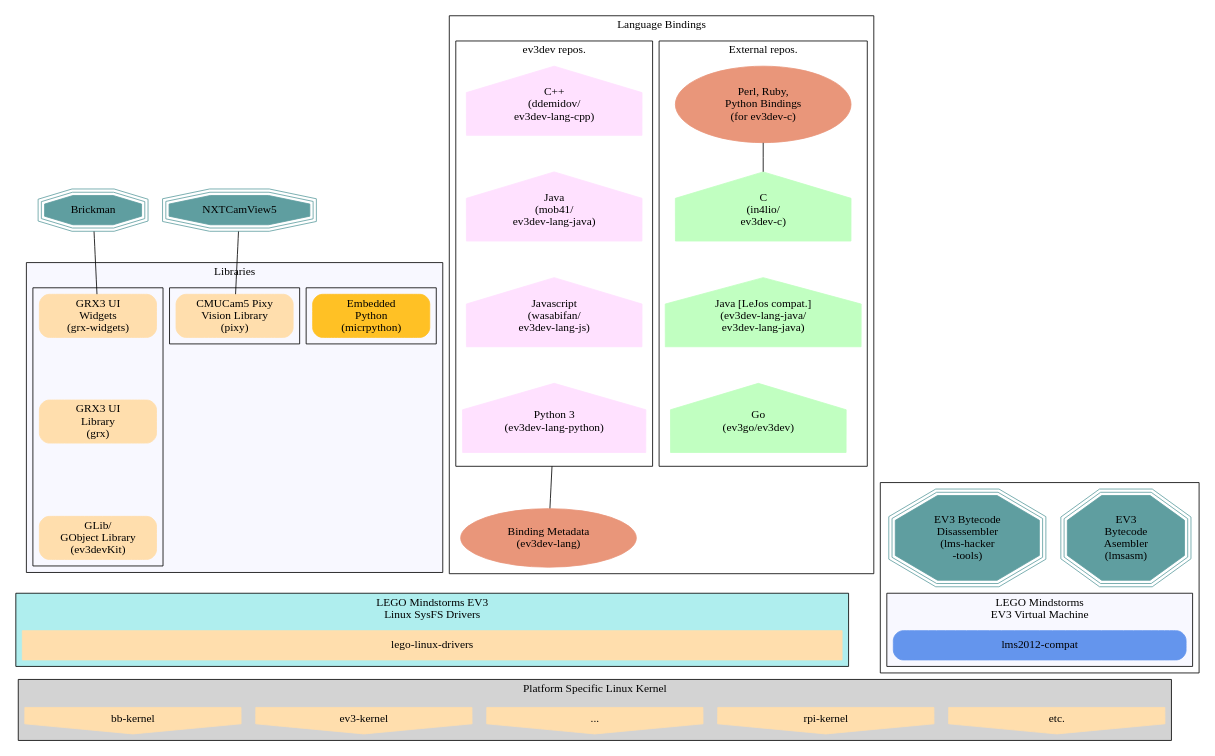
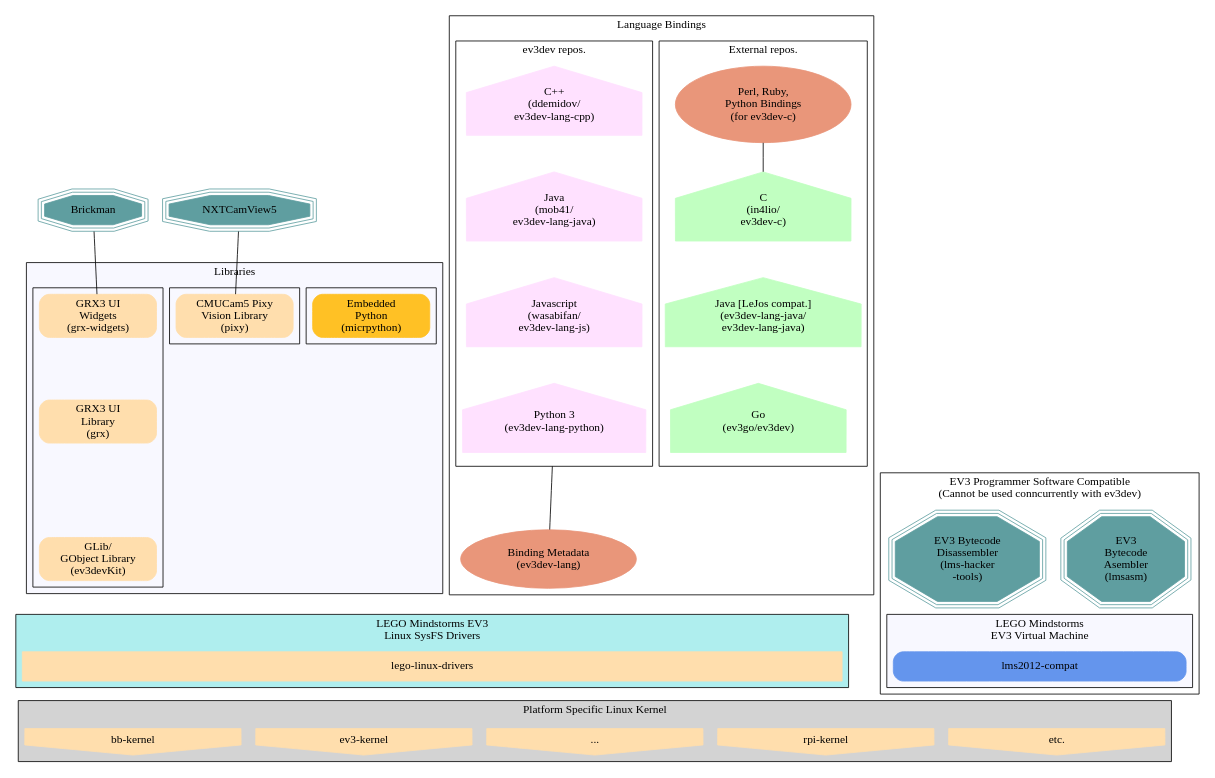
Before and after one commit to ev3dev/edu-docs: the diagram in images/ev3dev-related-repositories.dot, drawn with Graphviz. The commit also changed 1 other file, not shown here.

```diff
--- a/images/ev3dev-related-repositories.dot
+++ b/images/ev3dev-related-repositories.dot
@@ -1,109 +1,110 @@
 graph G {
 	compound=true;
 	arrowType=none;
 	node [shape=rect];
 	edge [penwidth=0,minlen=1];
 
 	rank = same; 
 	node [shape=tripleoctagon,style="filled",color=cadetblue,width=1];
 	"NXTCamView5" "Brickman";
 
 	subgraph cluster_10 {
+		label = "EV3 Programmer Software Compatible\n(Cannot be used conncurrently with ev3dev)"
 		node [shape=tripleoctagon,style="filled",color=cadetblue,width=2];
 		"EV3\nBytecode\nAsembler\n(lmsasm)"; "EV3 Bytecode\nDisassembler\n(lms-hacker\n-tools)";
 
 		subgraph cluster_9 {
 			style=filled;
 			fillcolor=ghostwhite;
 			label="LEGO Mindstorms\nEV3 Virtual Machine";
 			node [shape=rect,style="filled,rounded",color=cornflowerblue,width=5];
 			"lms2012-compat";
 		};
 		{"EV3\nBytecode\nAsembler\n(lmsasm)" "EV3 Bytecode\nDisassembler\n(lms-hacker\n-tools)"}--"lms2012-compat";
 	};
 	
 	
 	subgraph cluster_8 {
 		style=filled;
 		fillcolor=ghostwhite;
 		label="Libraries";
 
 		subgraph cluster_5 {
 		    label="";
 			node [shape=rect,style="filled,rounded",color=navajowhite,width=2];
 			"GRX3 UI\nWidgets\n(grx-widgets)"--"GRX3 UI\nLibrary\n(grx)"
 			--"GLib/\nGObject Library\n(ev3devKit)";
 			edge [penwidth=1];
 		};
 		subgraph cluster_6 {
 		    label="";
 			node [shape=rect,style="filled,rounded",color=navajowhite,width=2];
 			"CMUCam5 Pixy\nVision Library\n(pixy)";
 			edge [penwidth=1];
 		};
 
 		subgraph cluster_7 {
 		    label="";
 			node [shape=rect,style="filled,rounded",color=goldenrod1,width=2];
 			"Embedded\nPython\n(micrpython)";
 			edge [penwidth=1];
 		};
 	
 	};
 
 	subgraph cluster_4 {
 		label="Language Bindings";
 
 		subgraph cluster_3 {
 		    label="External repos.";
 			node [shape=house,style=filled,color=darkseagreen1,width=3,height=1.3];
 			"C\n(in4lio/\nev3dev-c)"-- 
 			"Java [LeJos compat.]\n(ev3dev-lang-java/\nev3dev-lang-java)"--
 			"Go\n(ev3go/ev3dev)";
 			node [shape=oval,style=filled,color=darksalmon,width=3,height=1.3];
 			edge [penwidth=1];
 			"Perl, Ruby,\nPython Bindings\n(for ev3dev-c)"--"C\n(in4lio/\nev3dev-c)";
 		}
 		subgraph cluster_2 {
 		    label="ev3dev repos.";
 			node [shape=house,style=filled,color=thistle1,width=3,height=1.3];
 			"C++\n(ddemidov/\nev3dev-lang-cpp)"--"Java\n(mob41/\nev3dev-lang-java)"--
 			"Javascript\n(wasabifan/\nev3dev-lang-js)"--"Python 3\n(ev3dev-lang-python)";
 		};
 			node [shape=oval,style=filled,color=darksalmon,width=3,height=1];
 			"Binding Metadata\n(ev3dev-lang)";
 	};
 	
 	subgraph cluster_1 {
 		label = "LEGO Mindstorms EV3\nLinux SysFS Drivers";
 		style=filled;
 		fillcolor=paleturquoise;
 		node [shape=rect,style=filled,color=navajowhite,width=14];
 		"lego-linux-drivers"
 
 	};
 	subgraph cluster_0 {
 		label = "Platform Specific Linux Kernel";
 		style=filled;
 		fillcolor=lightgrey;
 		node [style=filled,color=navajowhite, shape=invhouse,width=3.7];
 		rank = same; "etc."; "rpi-kernel"; "..."; "ev3-kernel"; "bb-kernel"; 
 	};
 
 	edge [penwidth=1];
 	"Brickman"--"GRX3 UI\nWidgets\n(grx-widgets)";
 	"NXTCamView5"--"CMUCam5 Pixy\nVision Library\n(pixy)";
 	"Python 3\n(ev3dev-lang-python)"--"Binding Metadata\n(ev3dev-lang)" [ltail=cluster_2];
 
 	edge [penwidth=0];
 	
 	"lego-linux-drivers"--"..." [ltail=cluster_1,lhead=cluster_0];
 
 	"Go\n(ev3go/ev3dev)"--"lego-linux-drivers" [ltail=cluster_3,lhead=cluster_1];
 	"Binding Metadata\n(ev3dev-lang)"--"lego-linux-drivers" [ltail=cluster_2,lhead=cluster_1];
 	"GLib/\nGObject Library\n(ev3devKit)"--"lego-linux-drivers" [ltail=cluster_5,lhead=cluster_1];
 	"CMUCam5 Pixy\nVision Library\n(pixy)"--"lego-linux-drivers" [ltail=cluster_6,lhead=cluster_1];
 	"Embedded\nPython\n(micrpython)"--"lego-linux-drivers" [ltail=cluster_7,lhead=cluster_1];
 
 	"lms2012-compat"--"..." [ltail=cluster_10,lhead=cluster_0];
 }
```
